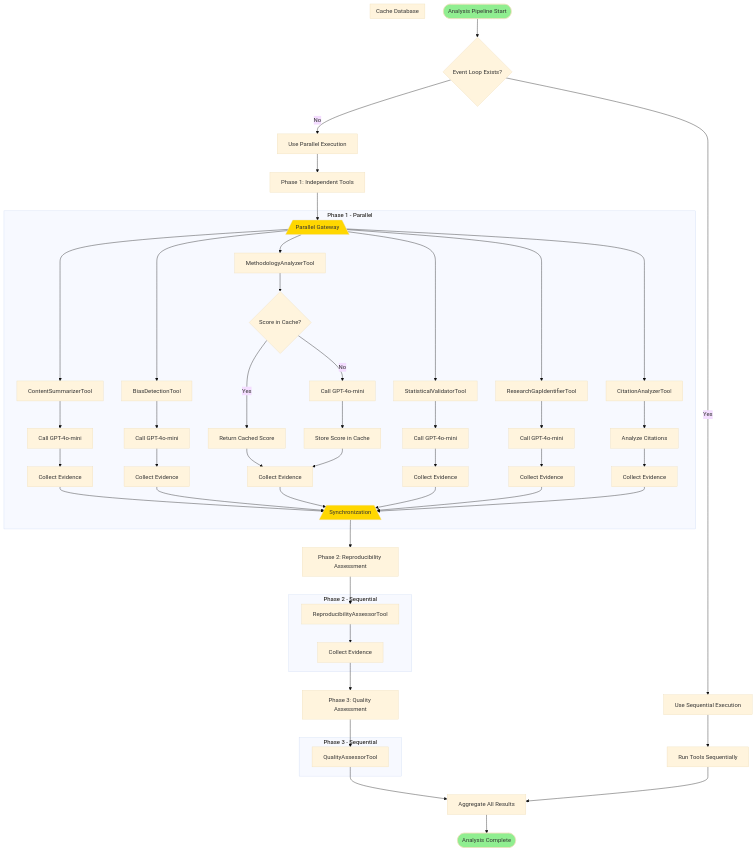
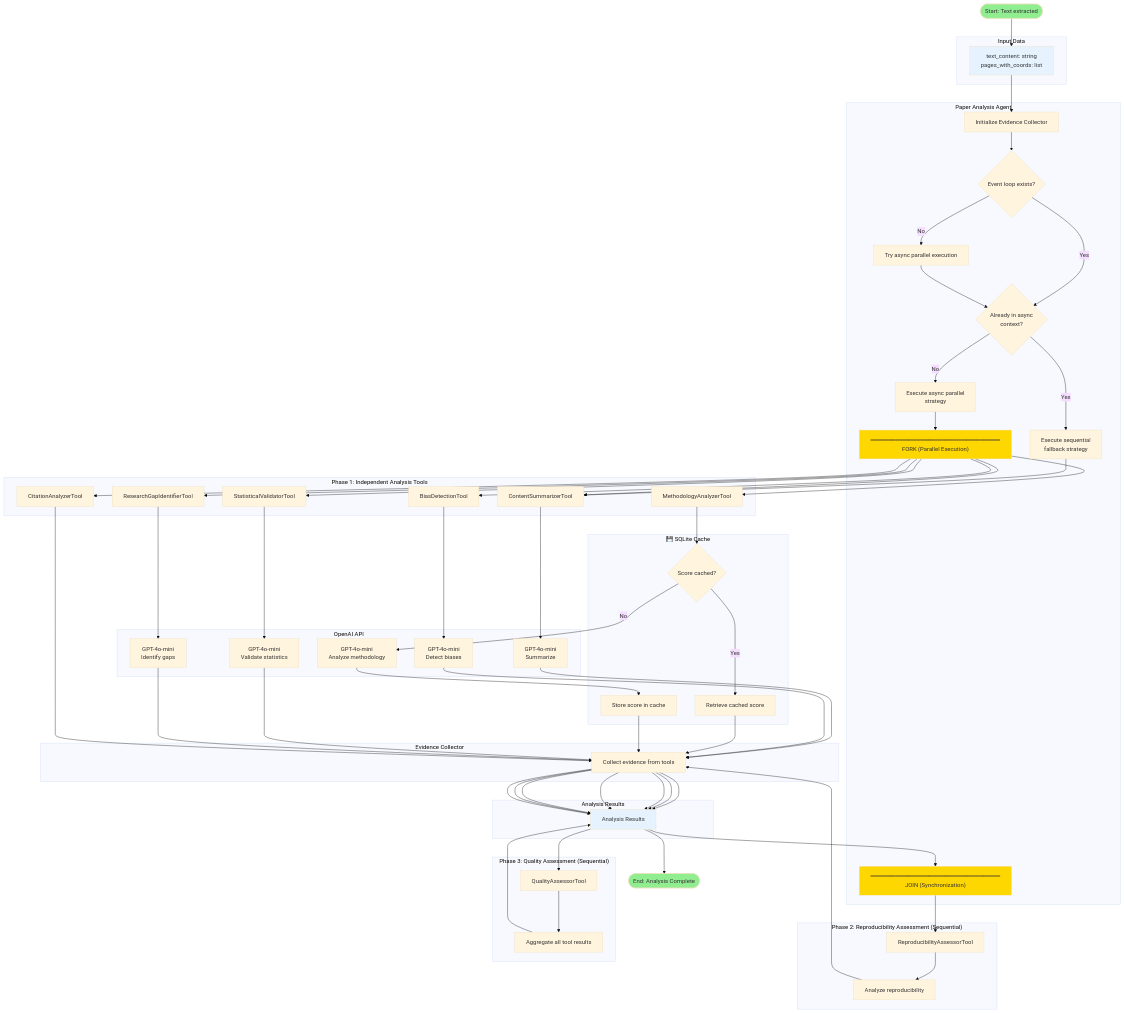
The second of 5 diagrams in docs/architecture/3_ACTIVITY_DIAGRAM.md (giuliobarde/QualiLens), drawn with Mermaid (base theme) before and after one commit. The commit also changed other lines of this file and 1 other file, not shown here.

Commit message:
activity diagrams update

````diff
--- a/docs/architecture/3_ACTIVITY_DIAGRAM.md
+++ b/docs/architecture/3_ACTIVITY_DIAGRAM.md
@@ -86,99 +108,127 @@
 ```mermaid
 graph TD
-    Start([Analysis Pipeline Start]) --> CheckStrategy{Event Loop Exists?}
-    CheckStrategy -->|Yes| Sequential[Use Sequential Execution]
-    CheckStrategy -->|No| Parallel[Use Parallel Execution]
+    Start([Start: Text extracted])
     
-    Parallel --> Phase1Start[Phase 1: Independent Tools]
-    Phase1Start --> ParallelGate1[/Parallel Gateway\]
-    
-    ParallelGate1 --> Tool1[ContentSummarizerTool]
-    ParallelGate1 --> Tool2[BiasDetectionTool]
-    ParallelGate1 --> Tool3[MethodologyAnalyzerTool]
-    ParallelGate1 --> Tool4[StatisticalValidatorTool]
-    ParallelGate1 --> Tool5[ResearchGapIdentifierTool]
-    ParallelGate1 --> Tool6[CitationAnalyzerTool]
-    
-    Tool1 --> LLM1[Call GPT-4o-mini]
-    Tool2 --> LLM2[Call GPT-4o-mini]
-    Tool3 --> Cache{Score in Cache?}
-    Cache -->|Yes| CacheHit[Return Cached Score]
-    Cache -->|No| LLM3[Call GPT-4o-mini]
-    LLM3 --> StoreCache[Store Score in Cache]
-    Tool4 --> LLM4[Call GPT-4o-mini]
-    Tool5 --> LLM5[Call GPT-4o-mini]
-    Tool6 --> Analyze6[Analyze Citations]
-    
-    LLM1 --> Evidence1[Collect Evidence]
-    LLM2 --> Evidence2[Collect Evidence]
-    CacheHit --> Evidence3[Collect Evidence]
-    StoreCache --> Evidence3
-    LLM4 --> Evidence4[Collect Evidence]
-    LLM5 --> Evidence5[Collect Evidence]
-    Analyze6 --> Evidence6[Collect Evidence]
-    
-    Evidence1 --> Sync1[/Synchronization\]
-    Evidence2 --> Sync1
-    Evidence3 --> Sync1
-    Evidence4 --> Sync1
-    Evidence5 --> Sync1
-    Evidence6 --> Sync1
-    
-    Sync1 --> Phase2[Phase 2: Reproducibility Assessment]
-    Phase2 --> Tool7[ReproducibilityAssessorTool]
-    Tool7 --> Evidence7[Collect Evidence]
-    Evidence7 --> Phase3[Phase 3: Quality Assessment]
-    Phase3 --> Tool8[QualityAssessorTool]
-    Tool8 --> Aggregate[Aggregate All Results]
-    
-    Sequential --> SeqTool1[Run Tools Sequentially]
-    SeqTool1 --> Aggregate
-    
-    Aggregate --> End([Analysis Complete])
-    
-    subgraph "Phase 1 - Parallel"
-        ParallelGate1
-        Tool1
-        Tool2
-        Tool3
-        Tool4
-        Tool5
-        Tool6
-        LLM1
-        LLM2
-        Cache
-        CacheHit
-        LLM3
-        StoreCache
-        LLM4
-        LLM5
-        Analyze6
-        Evidence1
-        Evidence2
-        Evidence3
-        Evidence4
-        Evidence5
-        Evidence6
-        Sync1
+    subgraph DataObjects["Input Data"]
+        D0["text_content: string<br/>pages_with_coords: list"]
     end
     
-    subgraph "Phase 2 - Sequential"
-        Tool7
-        Evidence7
+    subgraph Backend["Paper Analysis Agent"]
+        B1[Initialize Evidence Collector]
+        B2{Event loop exists?}
+        B3[Try async parallel execution]
+        B4{Already in async<br/>context?}
+        B5[Execute sequential<br/>fallback strategy]
+        B6[Execute async parallel<br/>strategy]
+        ForkBar["═══════════════════════════════<br/>FORK (Parallel Execution)"]
+        JoinBar["═══════════════════════════════<br/>JOIN (Synchronization)"]
     end
     
-    subgraph "Phase 3 - Sequential"
-        Tool8
+    subgraph Phase1["Phase 1: Independent Analysis Tools"]
+        T1[ContentSummarizerTool]
+        T2[BiasDetectionTool]
+        T3[MethodologyAnalyzerTool]
+        T4[StatisticalValidatorTool]
+        T5[ResearchGapIdentifierTool]
+        T6[CitationAnalyzerTool]
     end
     
-    subgraph "Cache Database"
-        Cache
-        CacheHit
-        StoreCache
+    subgraph OpenAI["OpenAI API"]
+        API1[GPT-4o-mini<br/>Summarize]
+        API2[GPT-4o-mini<br/>Detect biases]
+        API3[GPT-4o-mini<br/>Analyze methodology]
+        API4[GPT-4o-mini<br/>Validate statistics]
+        API5[GPT-4o-mini<br/>Identify gaps]
     end
+    
+    subgraph Cache["💾 SQLite Cache"]
+        C1{Score cached?}
+        C2[Retrieve cached score]
+        C3[Store score in cache]
+    end
+    
+    subgraph Evidence["Evidence Collector"]
+        E1[Collect evidence from tools]
+    end
+    
+    subgraph Phase2["Phase 2: Reproducibility Assessment (Sequential)"]
+        T7[ReproducibilityAssessorTool]
+        API7[Analyze reproducibility]
+    end
+    
+    subgraph Phase3["Phase 3: Quality Assessment (Sequential)"]
+        T8[QualityAssessorTool]
+        AGG[Aggregate all tool results]
+    end
+    
+    subgraph Results["Analysis Results"]
+        R1[Analysis Results]
+    end
+    
+    Start --> D0
+    D0 --> B1
+    B1 --> B2
+    B2 -->|No| B3
+    B2 -->|Yes| B4
+    
+    B3 --> B4
+    B4 -->|Yes| B5
+    B4 -->|No| B6
+    
+    B5 --> T1
+    B6 --> ForkBar
+    
+    ForkBar --> T1
+    ForkBar --> T2
+    ForkBar --> T3
+    ForkBar --> T4
+    ForkBar --> T5
+    ForkBar --> T6
+    
+    T1 --> API1
+    API1 --> E1
+    E1 --> R1
+    
+    T2 --> API2
+    API2 --> E1
+    E1 --> R1
+    
+    T3 --> C1
+    C1 -->|Yes| C2
+    C1 -->|No| API3
+    API3 --> C3
+    C2 --> E1
+    C3 --> E1
+    E1 --> R1
+    
+    T4 --> API4
+    API4 --> E1
+    E1 --> R1
+    
+    T5 --> API5
+    API5 --> E1
+    E1 --> R1
+    
+    T6 --> E1
+    E1 --> R1
+    
+    R1 --> JoinBar
+    
+    JoinBar --> T7
+    T7 --> API7
+    API7 --> E1
+    E1 --> R1
+    
+    R1 --> T8
+    T8 --> AGG
+    AGG --> R1
+    
+    R1 --> End([End: Analysis Complete])
     
     style Start fill:#90EE90
     style End fill:#90EE90
-    style ParallelGate1 fill:#FFD700
-    style Sync1 fill:#FFD700
+    style ForkBar fill:#FFD700
+    style JoinBar fill:#FFD700
+    style D0 fill:#E6F3FF
+    style R1 fill:#E6F3FF
 ```
````
